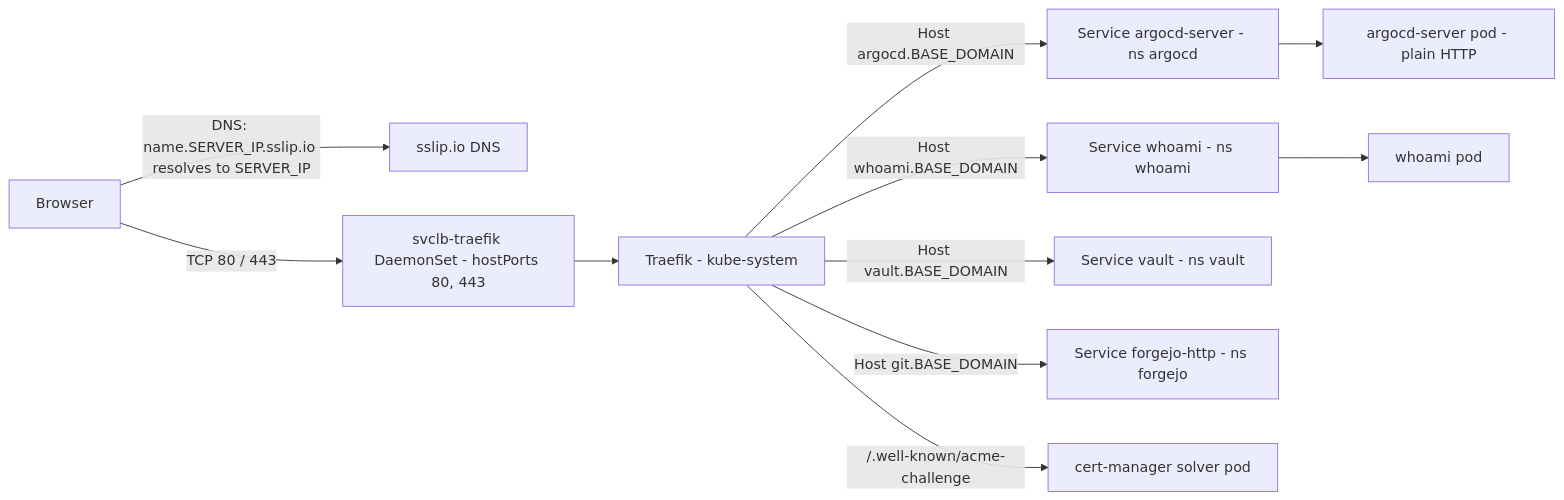
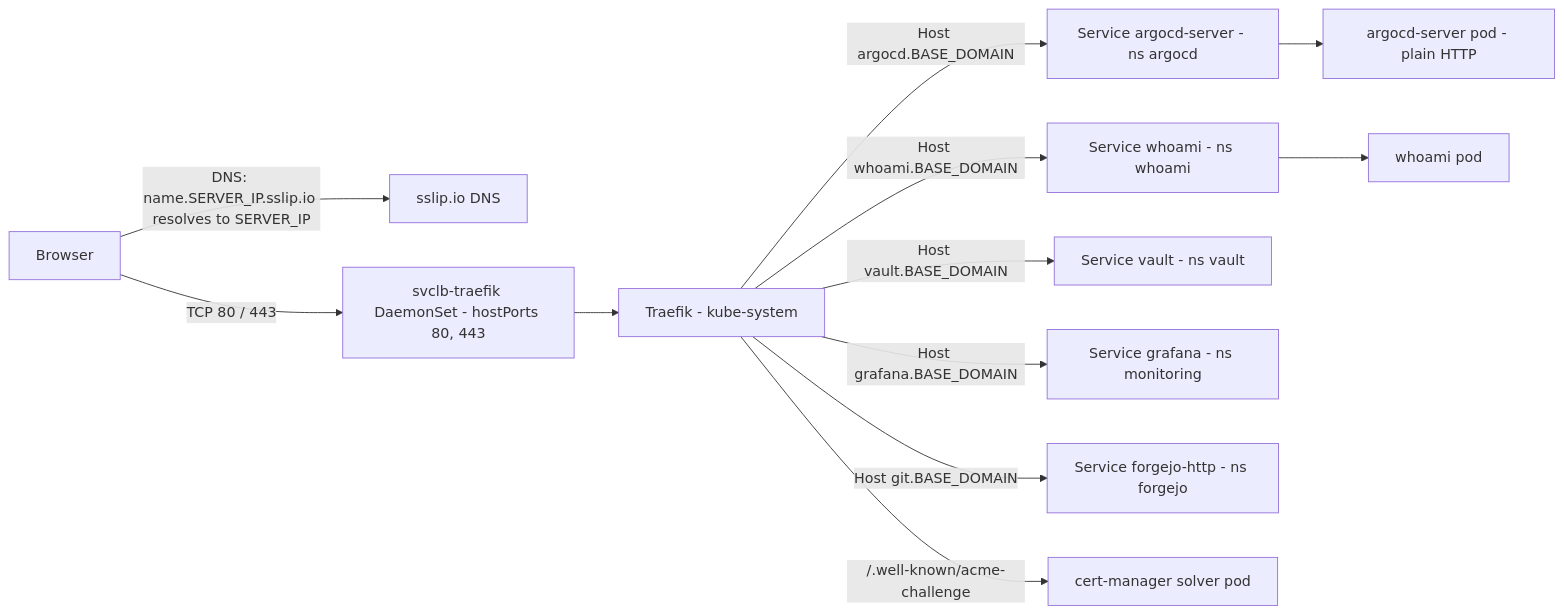
Before and after one commit to Elouel/homelab: the second of 2 diagrams in docs/architecture.md, drawn with Mermaid. The commit also changed other lines of this file and 22 other files, not shown here.

````diff
--- a/docs/architecture.md
+++ b/docs/architecture.md
@@ -52,13 +52,14 @@
 ```mermaid
 flowchart LR
   U["Browser"] -->|"DNS: name.SERVER_IP.sslip.io resolves to SERVER_IP"| SSLIP["sslip.io DNS"]
   U -->|"TCP 80 / 443"| LB["svclb-traefik DaemonSet - hostPorts 80, 443"]
   LB --> T["Traefik - kube-system"]
   T -->|"Host argocd.BASE_DOMAIN"| A["Service argocd-server - ns argocd"]
   T -->|"Host whoami.BASE_DOMAIN"| W["Service whoami - ns whoami"]
   T -->|"Host vault.BASE_DOMAIN"| V["Service vault - ns vault"]
+  T -->|"Host grafana.BASE_DOMAIN"| GR["Service grafana - ns monitoring"]
   T -->|"Host git.BASE_DOMAIN"| G["Service forgejo-http - ns forgejo"]
   T -->|"/.well-known/acme-challenge"| S["cert-manager solver pod"]
   A --> AP["argocd-server pod - plain HTTP"]
   W --> WP["whoami pod"]
 ```
````
